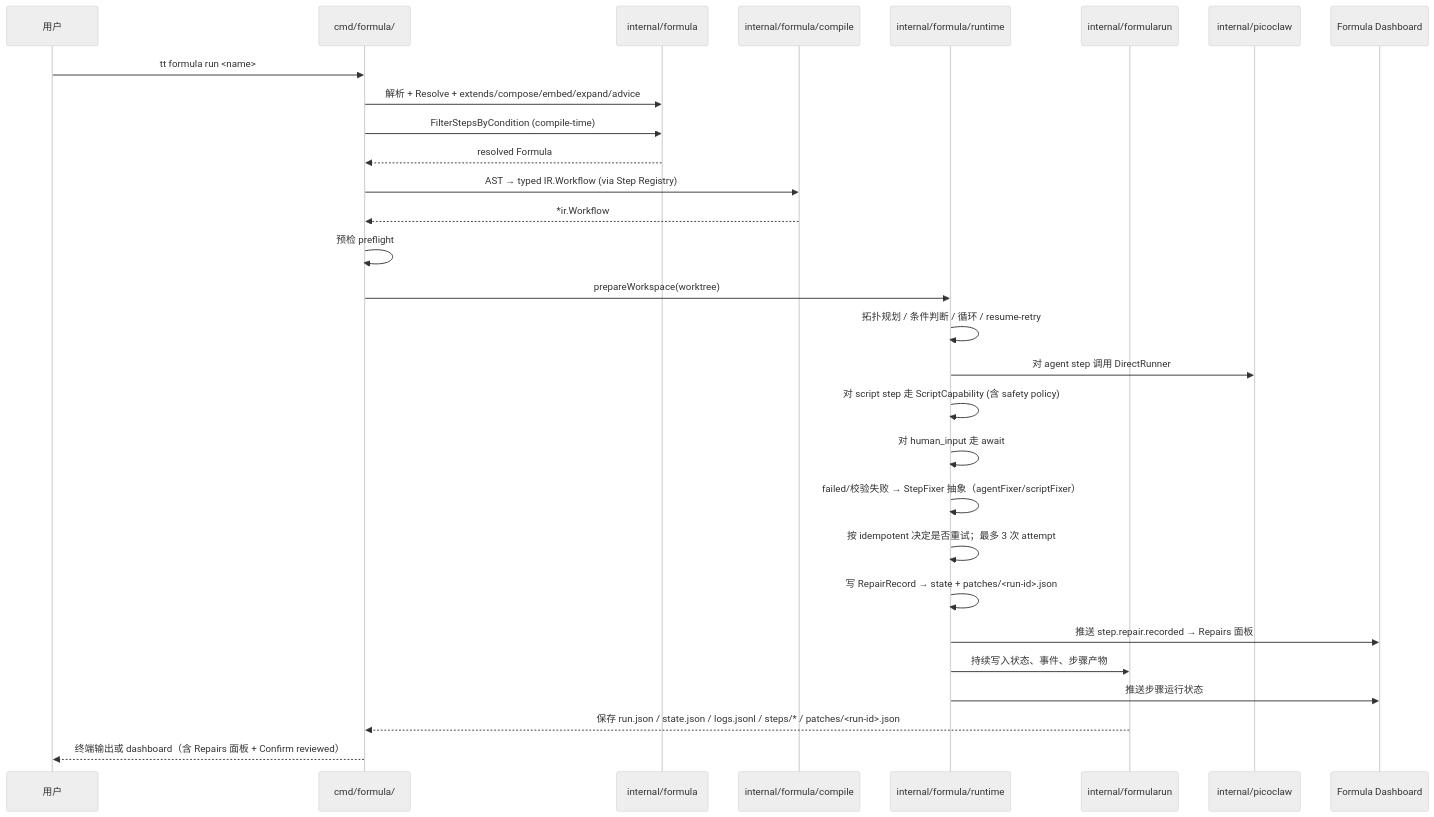
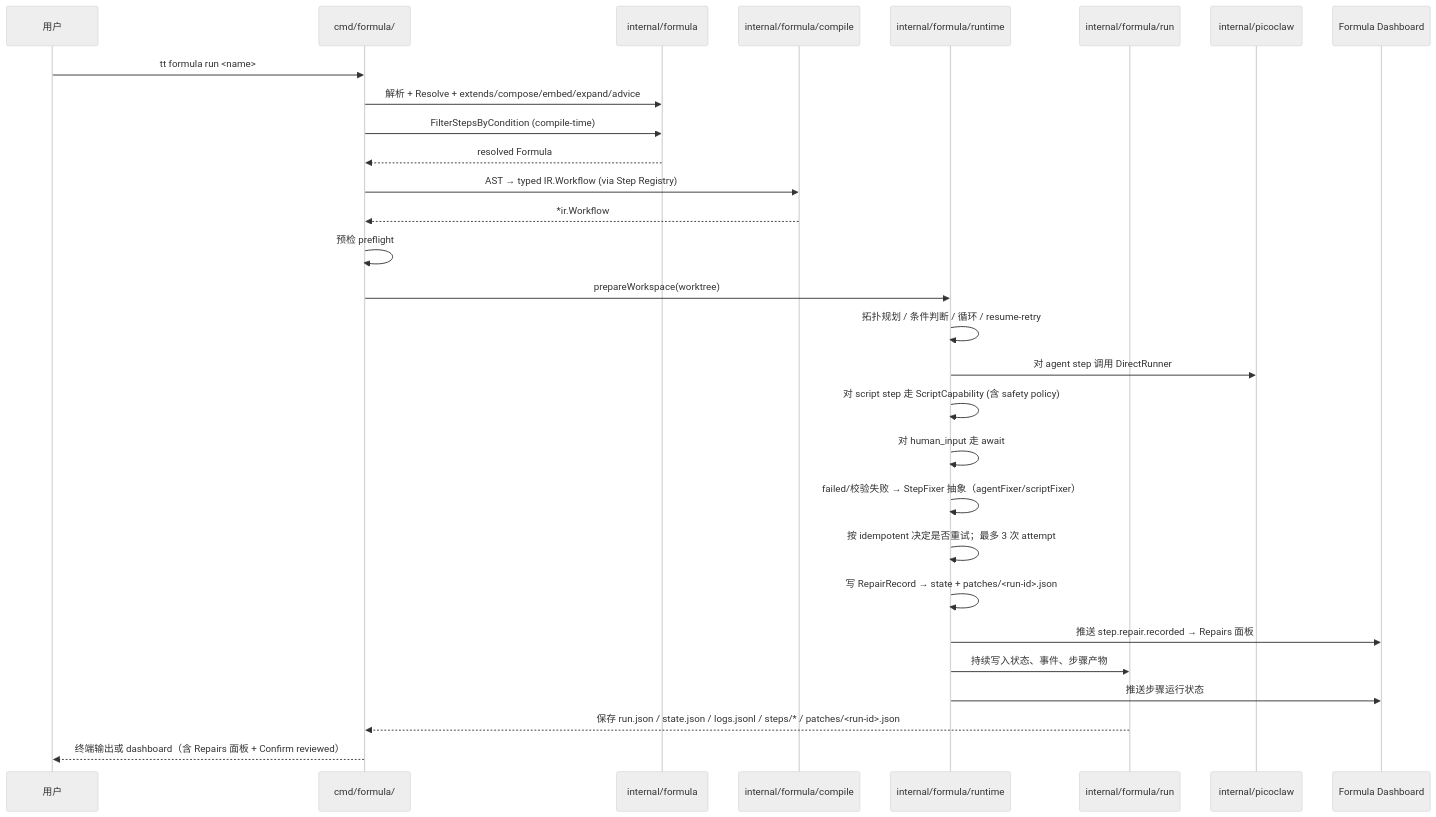
Before and after one commit to sjzsdu/tt: the fourth of 7 diagrams in ai-docs/architecture.md, drawn with Mermaid (neutral theme). The commit also changed other lines of this file and 65 other files, not shown here.

Commit message:
refactor(formula): split internal packages into subdirectories

````diff
--- a/ai-docs/architecture.md
+++ b/ai-docs/architecture.md
@@ -94,32 +94,32 @@
 ```mermaid
 sequenceDiagram
     participant User as 用户
     participant Cmd as cmd/formula/
     participant Parser as internal/formula
     participant Compile as internal/formula/compile
     participant Exec as internal/formula/runtime
-    participant Store as internal/formularun
+    participant Store as internal/formula/run
     participant PC as internal/picoclaw
     participant Dash as Formula Dashboard
 
     User->>Cmd: tt formula run <name>
     Cmd->>Parser: 解析 + Resolve + extends/compose/embed/expand/advice
     Cmd->>Parser: FilterStepsByCondition (compile-time)
     Parser-->>Cmd: resolved Formula
     Cmd->>Compile: AST → typed IR.Workflow (via Step Registry)
     Compile-->>Cmd: *ir.Workflow
     Cmd->>Cmd: 预检 preflight
     Cmd->>Exec: prepareWorkspace(worktree)
     Exec->>Exec: 拓扑规划 / 条件判断 / 循环 / resume-retry
     Exec->>PC: 对 agent step 调用 DirectRunner
     Exec->>Exec: 对 script step 走 ScriptCapability (含 safety policy)
     Exec->>Exec: 对 human_input 走 await
     Exec->>Exec: failed/校验失败 → StepFixer 抽象（agentFixer/scriptFixer）
     Exec->>Exec:  按 idempotent 决定是否重试；最多 3 次 attempt
     Exec->>Exec:  写 RepairRecord → state + patches/<run-id>.json
     Exec->>Dash: 推送 step.repair.recorded → Repairs 面板
     Exec->>Store: 持续写入状态、事件、步骤产物
     Exec->>Dash: 推送步骤运行状态
     Store-->>Cmd: 保存 run.json / state.json / logs.jsonl / steps/* / patches/<run-id>.json
     Cmd-->>User: 终端输出或 dashboard（含 Repairs 面板 + Confirm reviewed）
 ```
````
